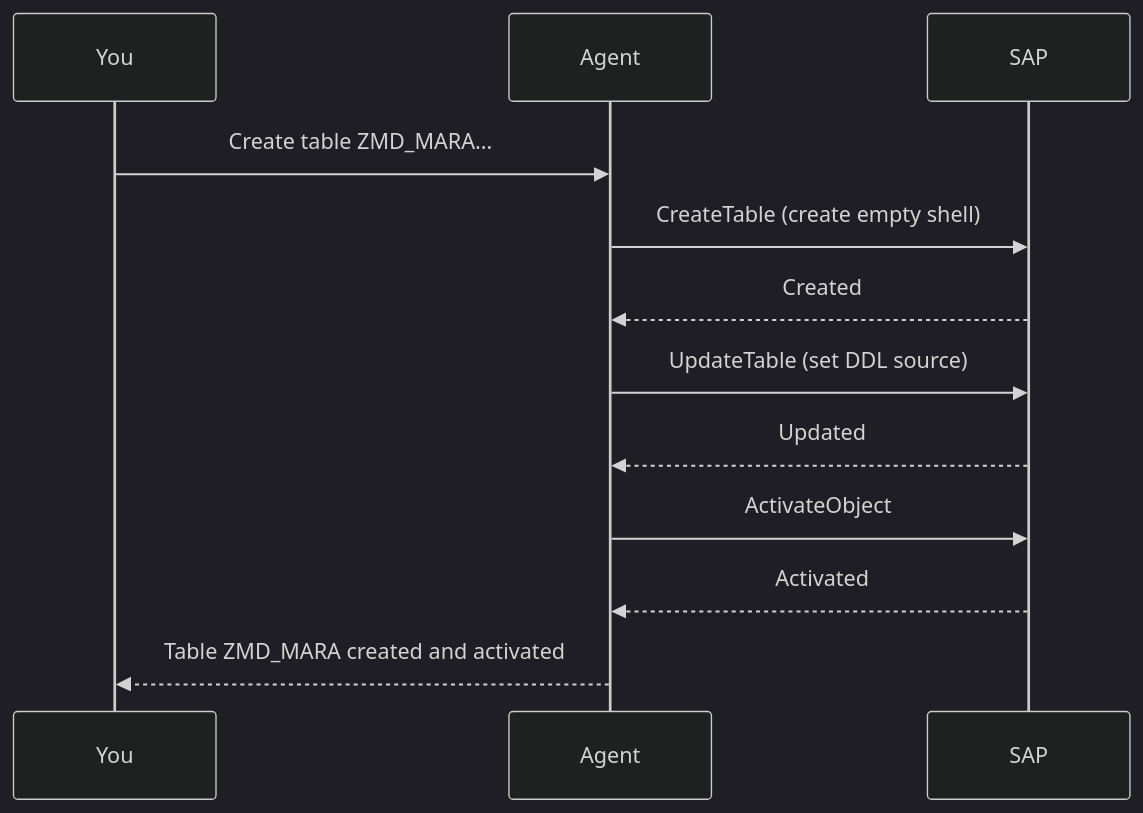
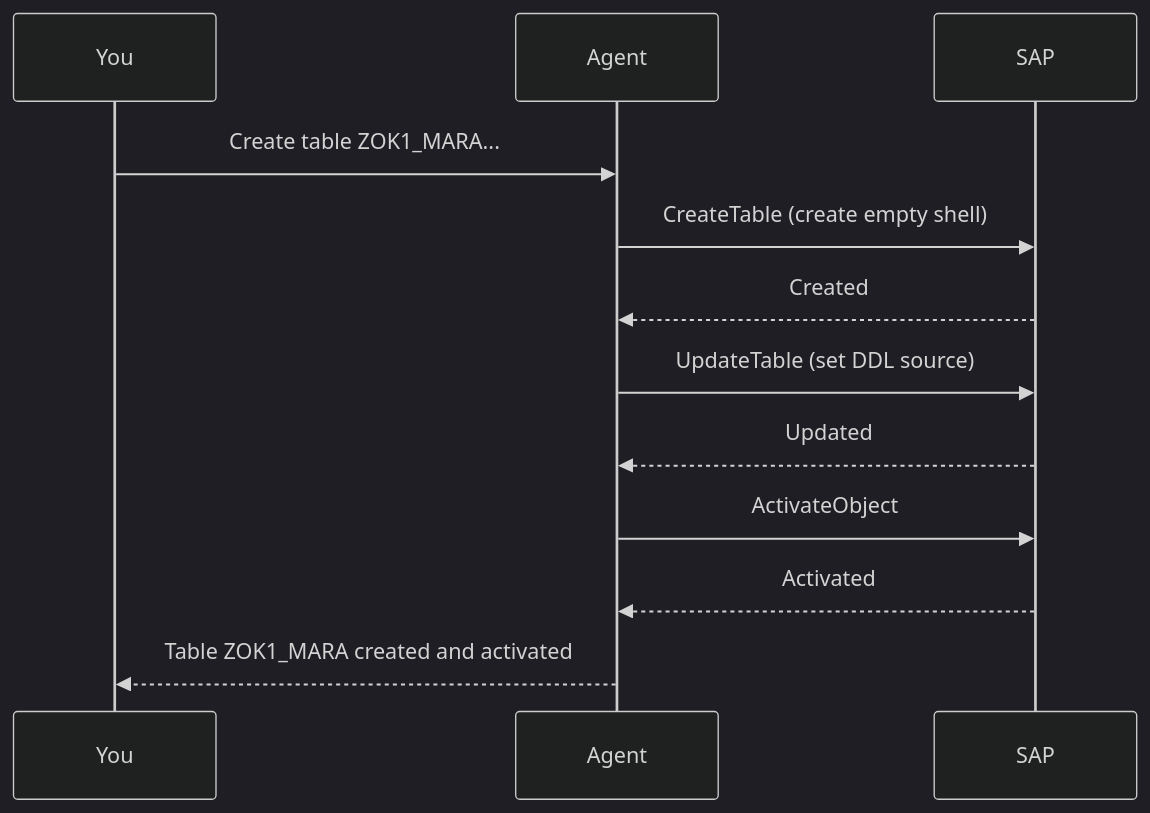
Before and after one commit to fr0ster/cloud-llm-hub: the fifth of 10 diagrams in docs/tutorials/rap-bo-creation.md, drawn with Mermaid (dark theme). The commit also changed other lines of this file, not shown here.

````diff
--- a/docs/tutorials/rap-bo-creation.md
+++ b/docs/tutorials/rap-bo-creation.md
@@ -194,15 +224,15 @@
 ```mermaid
 sequenceDiagram
     participant You
     participant Agent
     participant SAP
 
-    You->>Agent: Create table ZMD_MARA...
+    You->>Agent: Create table ZOK1_MARA...
     Agent->>SAP: CreateTable (create empty shell)
     SAP-->>Agent: Created
     Agent->>SAP: UpdateTable (set DDL source)
     SAP-->>Agent: Updated
     Agent->>SAP: ActivateObject
     SAP-->>Agent: Activated
-    Agent-->>You: Table ZMD_MARA created and activated
+    Agent-->>You: Table ZOK1_MARA created and activated
 ```
````
